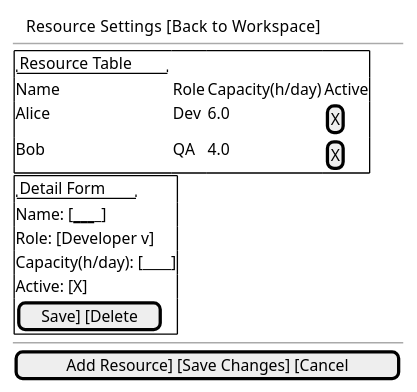
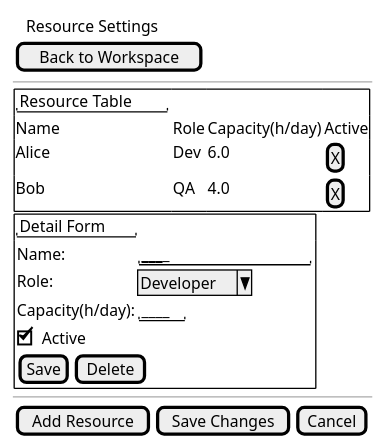
The diagram in docs/ui/screen_resource_settings.puml (fangface-hub/carry_sprint_docs), drawn with PlantUML before and after one commit. The commit also changed 11 other files, not shown here.

```diff
--- a/docs/ui/screen_resource_settings.puml
+++ b/docs/ui/screen_resource_settings.puml
@@ -1,27 +1,36 @@
 @startuml CarrySprintResourceSettingsScreen
 salt
 {
 {T
-+ Resource Settings   [Back to Workspace]
++ Resource Settings
+}
+{
+[Back to Workspace]
 }
 --
 {|
 {+
 "Resource Table"
 Name | Role | Capacity(h/day) | Active
 Alice | Dev | 6.0 | [X]
 Bob   | QA  | 4.0 | [X]
 }
 {+
 "Detail Form"
-Name: [________________]
-Role: [Developer v]
-Capacity(h/day): [____]
-Active: [X]
-[Save] [Delete]
+{
+Name:            | "________________"
+Role:            | ^Developer^
+Capacity(h/day): | "____"
+}
+[X] Active
+{
+[Save] | [Delete]
+}
 }
 |}
 --
-[Add Resource] [Save Changes] [Cancel]
+{
+[Add Resource] | [Save Changes] | [Cancel]
+}
 }
 @enduml
```
